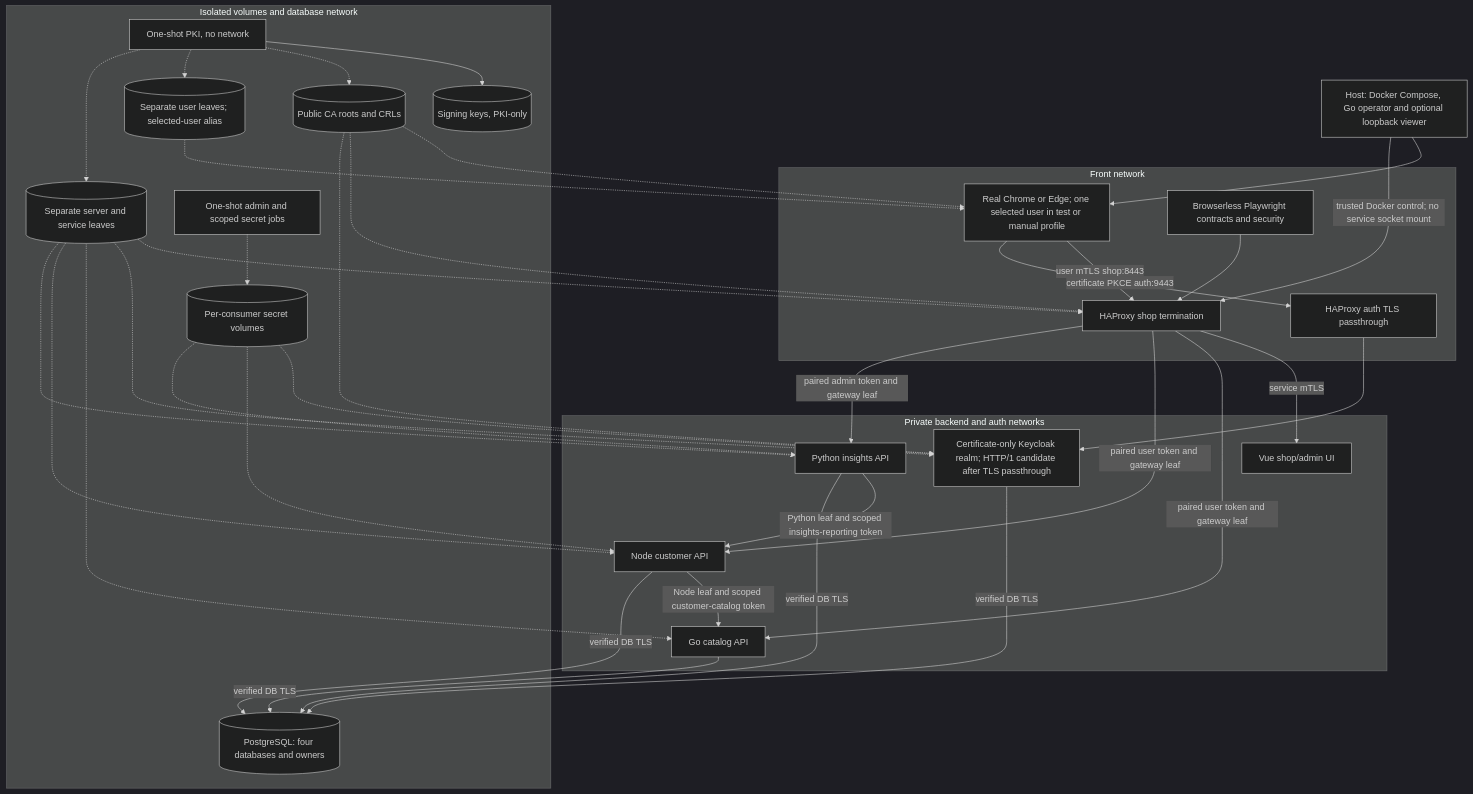
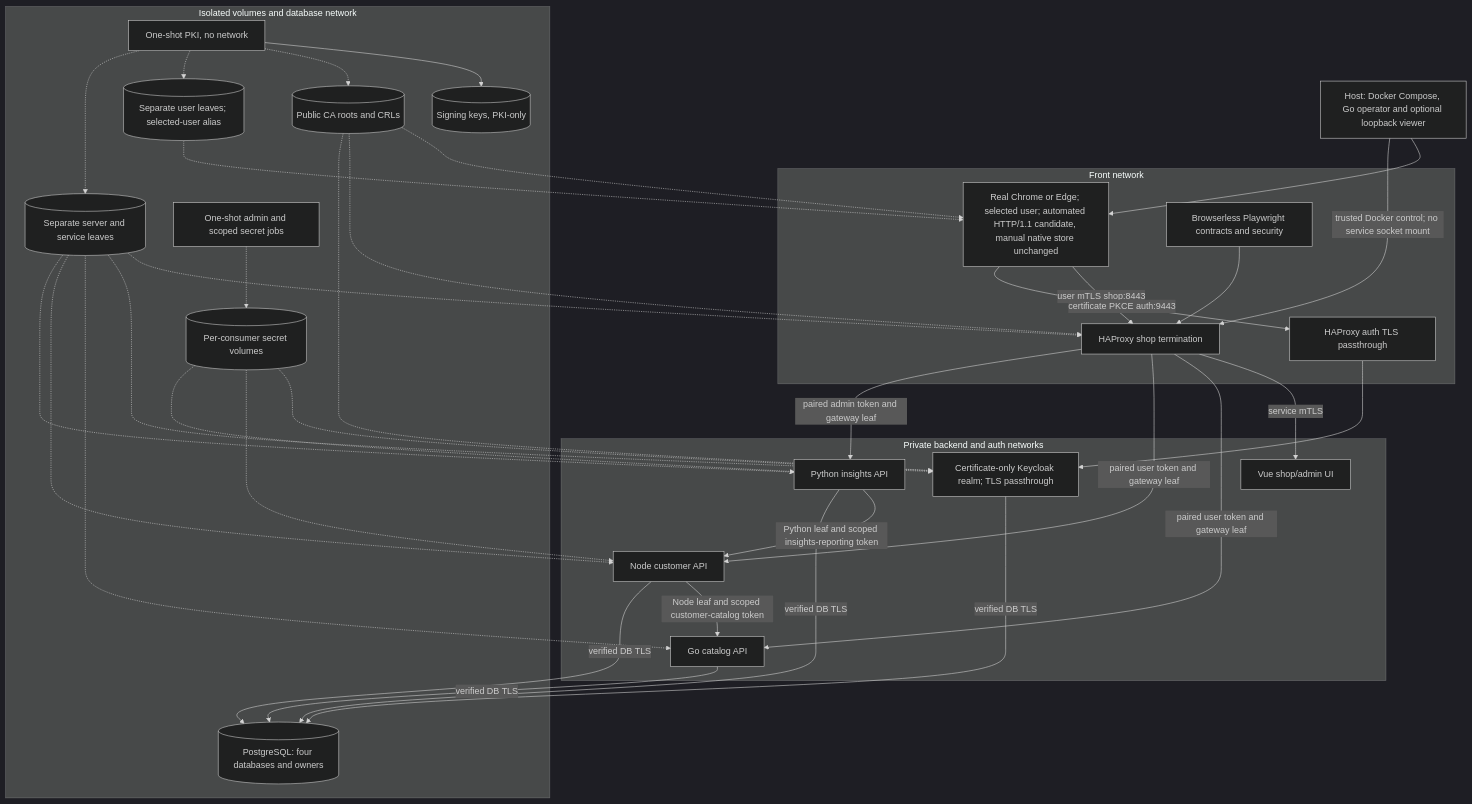
One commit to orieken/testing-with-certs changed the first of 18 diagrams in docs/workflows.md. Above: the diagram before and after it, drawn with Mermaid (dark theme). The commit also changed other lines of this file and 12 other files, not shown here.

Commit message:
Limit automated certificate browsers to HTTP/1.1 for CI

````diff
--- a/docs/workflows.md
+++ b/docs/workflows.md
@@ -11,43 +11,43 @@
 ```mermaid
 flowchart TB
   Host["Host: Docker Compose, Go operator and optional loopback viewer"] --> Runner
   Host -->|"trusted Docker control; no service socket mount"| Shop
   subgraph Front["Front network"]
-    Runner["Real Chrome or Edge; one selected user in test or manual profile"] -->|"user mTLS shop:8443"| Shop["HAProxy shop termination"]
+    Runner["Real Chrome or Edge; selected user; automated HTTP/1.1 candidate, manual native store unchanged"] -->|"user mTLS shop:8443"| Shop["HAProxy shop termination"]
     Runner -->|"certificate PKCE auth:9443"| Auth["HAProxy auth TLS passthrough"]
     Contracts["Browserless Playwright contracts and security"] --> Shop
   end
   subgraph Private["Private backend and auth networks"]
-    Auth --> KC["Certificate-only Keycloak realm; HTTP/1 candidate after TLS passthrough"]
+    Auth --> KC["Certificate-only Keycloak realm; TLS passthrough"]
     Shop -->|"service mTLS"| UI["Vue shop/admin UI"]
     Shop -->|"paired user token and gateway leaf"| Go["Go catalog API"]
     Shop -->|"paired user token and gateway leaf"| Node["Node customer API"]
     Shop -->|"paired admin token and gateway leaf"| Python["Python insights API"]
     Node -->|"Node leaf and scoped customer-catalog token"| Go
     Python -->|"Python leaf and scoped insights-reporting token"| Node
   end
   subgraph Storage["Isolated volumes and database network"]
     PKI["One-shot PKI, no network"] --> CA[("Signing keys, PKI-only")]
     PKI -.-> Trust[("Public CA roots and CRLs")]
     PKI -.-> User[("Separate user leaves; selected-user alias")]
     PKI -.-> Service[("Separate server and service leaves")]
     SecretJob["One-shot admin and scoped secret jobs"] -.-> Scoped[("Per-consumer secret volumes")]
     DB[("PostgreSQL: four databases and owners")]
     User -.-> Runner
     Trust -.-> Runner
     Trust -.-> Shop
     Trust -.-> KC
     Service -.-> Shop
     Service -.-> KC
     Service -.-> Go
     Service -.-> Node
     Service -.-> Python
     Scoped -.-> KC
     Scoped -.-> Node
     Scoped -.-> Python
   end
   Go -->|"verified DB TLS"| DB
   Node -->|"verified DB TLS"| DB
   Python -->|"verified DB TLS"| DB
   KC -->|"verified DB TLS"| DB
 ```
````
